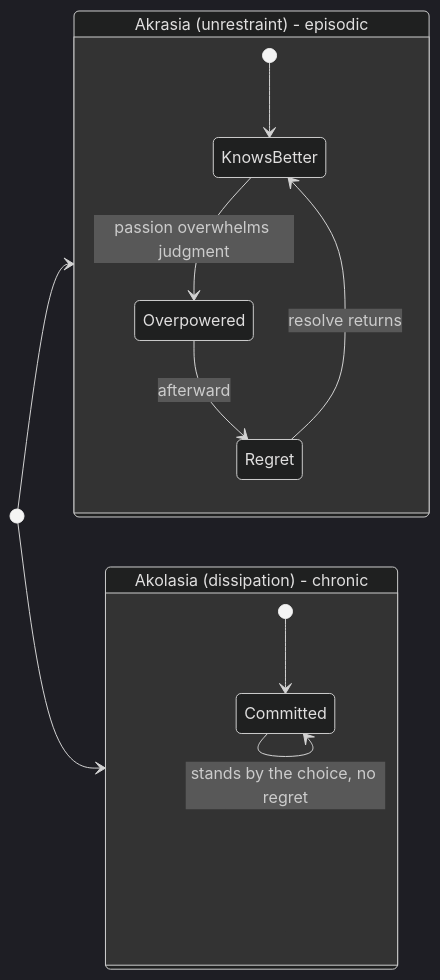
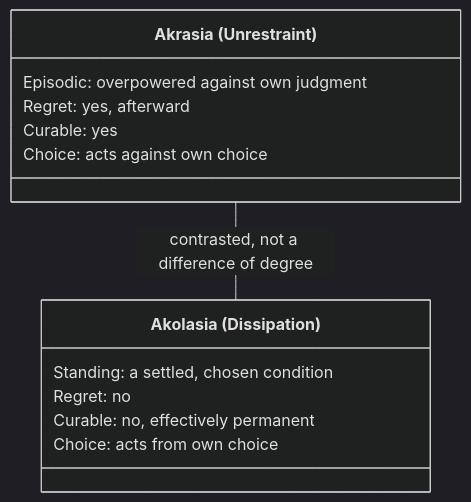
Before and after one commit to gavmor/aristotle: the diagram in concepts/akolasia.md, drawn with Mermaid (dark theme). The commit also changed other lines of this file and 35 other files, not shown here.

````diff
--- a/concepts/akolasia.md
+++ b/concepts/akolasia.md
@@ -40,19 +40,16 @@
 ```mermaid
-stateDiagram-v2
-    direction LR
-
-    [*] --> Akrasia
-    [*] --> Akolasia
-
-    state "Akrasia (unrestraint) - episodic" as Akrasia {
-        [*] --> KnowsBetter
-        KnowsBetter --> Overpowered : passion overwhelms judgment
-        Overpowered --> Regret : afterward
-        Regret --> KnowsBetter : resolve returns
+classDiagram
+    class Akrasia["Akrasia (Unrestraint)"] {
+        Episodic: overpowered against own judgment
+        Regret: yes, afterward
+        Curable: yes
+        Choice: acts against own choice
     }
-
-    state "Akolasia (dissipation) - chronic" as Akolasia {
-        [*] --> Committed
-        Committed --> Committed : stands by the choice, no regret
+    class Akolasia["Akolasia (Dissipation)"] {
+        Standing: a settled, chosen condition
+        Regret: no
+        Curable: no, effectively permanent
+        Choice: acts from own choice
     }
+    Akrasia -- Akolasia : contrasted, not a difference of degree
 ```
````
